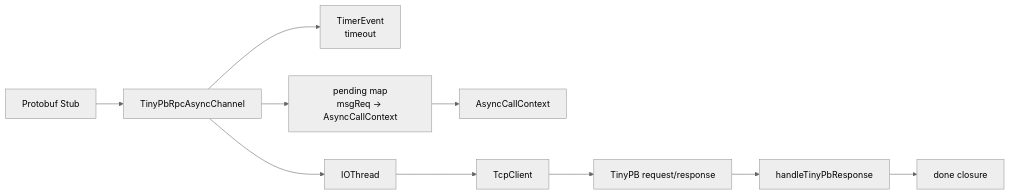
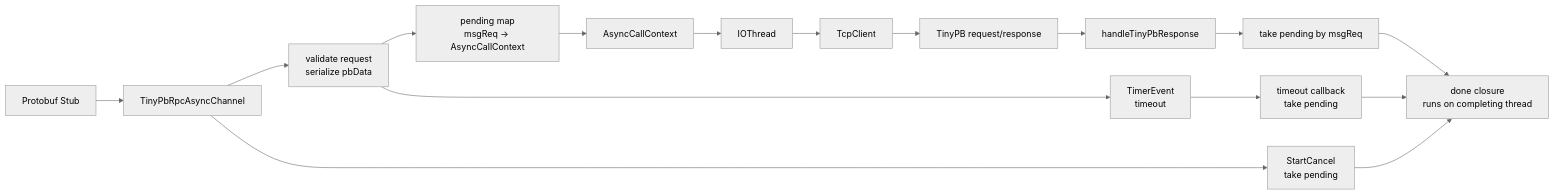
One commit to echo9923/rpc changed the diagram in docs/stage-15.md. Above: the diagram before and after it, drawn with Mermaid (neutral theme). The commit also changed other lines of this file and 4 other files, not shown here.

````diff
--- a/docs/stage-15.md
+++ b/docs/stage-15.md
@@ -55,12 +64,18 @@
 ```mermaid
 flowchart LR
     Stub["Protobuf Stub"] --> AsyncChannel["TinyPbRpcAsyncChannel"]
-    AsyncChannel --> Timer["TimerEvent<br/>timeout"]
-    AsyncChannel --> Pending["pending map<br/>msgReq -> AsyncCallContext"]
+    AsyncChannel --> Validate["validate request<br/>serialize pbData"]
+    Validate --> Pending["pending map<br/>msgReq -> AsyncCallContext"]
+    Validate --> Timer["TimerEvent<br/>timeout"]
+    Timer --> Timeout["timeout callback<br/>take pending"]
     Pending --> Context["AsyncCallContext"]
-    AsyncChannel --> IOThread["IOThread"]
+    Context --> IOThread["IOThread"]
     IOThread --> TcpClient["TcpClient"]
     TcpClient --> TinyPB["TinyPB request/response"]
     TinyPB --> Handle["handleTinyPbResponse"]
-    Handle --> Done["done closure"]
+    Handle --> Match["take pending by msgReq"]
+    Match --> Done["done closure<br/>runs on completing thread"]
+    Timeout --> Done
+    AsyncChannel --> Cancel["StartCancel<br/>take pending"]
+    Cancel --> Done
 ```
````
